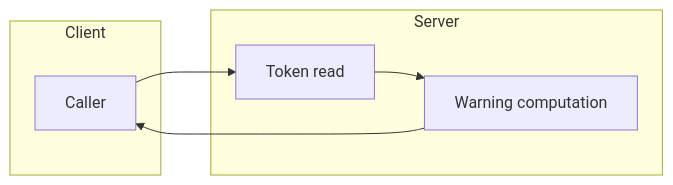
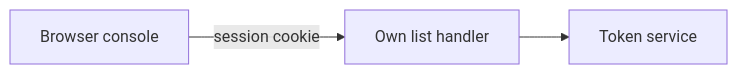
The second of 2 diagrams in openspec/changes/token-life-cycle-expiry-email-expiry-warning-display/design.md (OpenDustpan/OpenDustpan), drawn with Mermaid before and after one commit. The commit also changed other lines of this file and 3 other files, not shown here.

First line of the commit message:
openspec: rewrite token-expiry warning display to the console route gap

````diff
--- a/openspec/changes/token-life-cycle-expiry-email-expiry-warning-display/design.md
+++ b/openspec/changes/token-life-cycle-expiry-email-expiry-warning-display/design.md
@@ -64,11 +60,4 @@
 ```mermaid
 flowchart LR
- subgraph Client
- C[Caller]
- end
- subgraph Server
- R[Token read] --> W[Warning computation]
- end
- C --> R
- W --> C
+B[Browser console] -->|session cookie| H[Own list handler] --> S[Token service]
 ```
````
